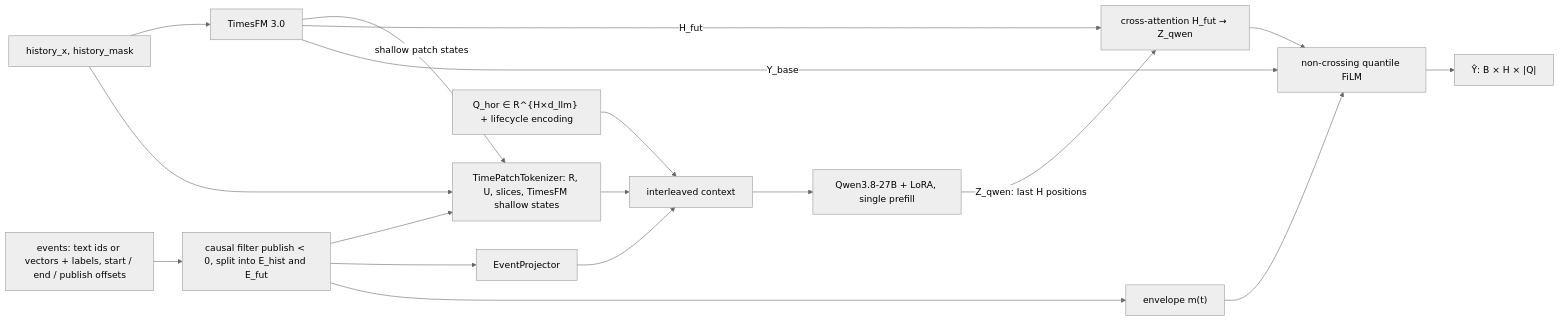
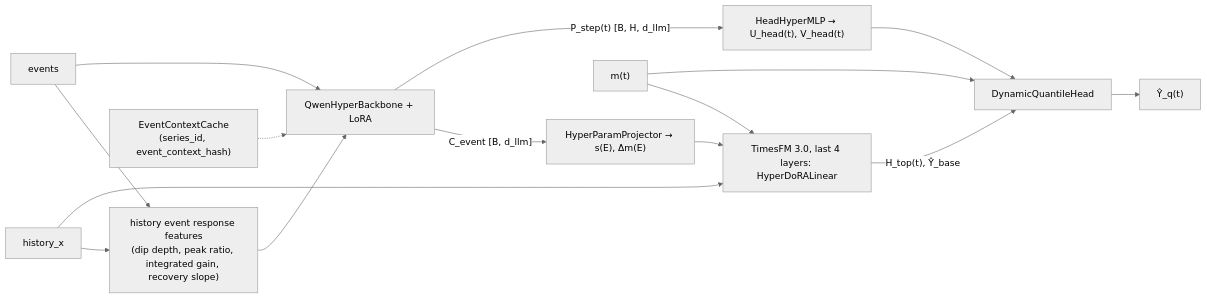
One commit to xwyzsn/mm_code changed the first of 2 diagrams in model.md. Above: the diagram before and after it, drawn with Mermaid (neutral theme). The commit also changed other lines of this file and 7 other files, not shown here.

````diff
--- a/model.md
+++ b/model.md
@@ -40,19 +42,17 @@
 ```mermaid
 flowchart LR
-    X[history_x, history_mask] --> TFM[TimesFM 3.0]
-    EV["events: text ids or vectors + labels, start / end / publish offsets"] --> SEL["causal filter publish < 0, split into E_hist and E_fut"]
-    X --> TOK["TimePatchTokenizer: R, U, slices, TimesFM shallow states"]
-    TFM -- shallow patch states --> TOK
-    SEL --> TOK
-    SEL --> EP[EventProjector]
-    TOK --> CTX[interleaved context]
-    EP --> CTX
-    QH["Q_hor ∈ R^{H×d_llm} + lifecycle encoding"] --> CTX
-    CTX --> QW[Qwen3.8-27B + LoRA, single prefill]
-    QW -- "Z_qwen: last H positions" --> XA["cross-attention H_fut → Z_qwen"]
-    TFM -- H_fut --> XA
-    XA --> FILM[non-crossing quantile FiLM]
-    TFM -- Y_base --> FILM
-    SEL --> M["envelope m(t)"] --> FILM
-    FILM --> Y["Ŷ: B × H × |Q|"]
+    X["history_x"] --> RESP["history event response features<br/>(dip depth, peak ratio, integrated gain, recovery slope)"]
+    EV["events"] --> RESP
+    RESP --> QW["QwenHyperBackbone + LoRA"]
+    EV --> QW
+    QW -- "C_event [B, d_llm]" --> HD["HyperParamProjector → s(E), Δm(E)"]
+    QW -- "P_step(t) [B, H, d_llm]" --> HH["HeadHyperMLP → U_head(t), V_head(t)"]
+    HD --> TFM["TimesFM 3.0, last 4 layers: HyperDoRALinear"]
+    X --> TFM
+    TFM -- "H_top(t), Ŷ_base" --> HEAD["DynamicQuantileHead"]
+    HH --> HEAD
+    M["m(t)"] --> TFM
+    M --> HEAD
+    HEAD --> Y["Ŷ_q(t)"]
+    CACHE["EventContextCache<br/>(series_id, event_context_hash)"] -.-> QW
 ```
````
